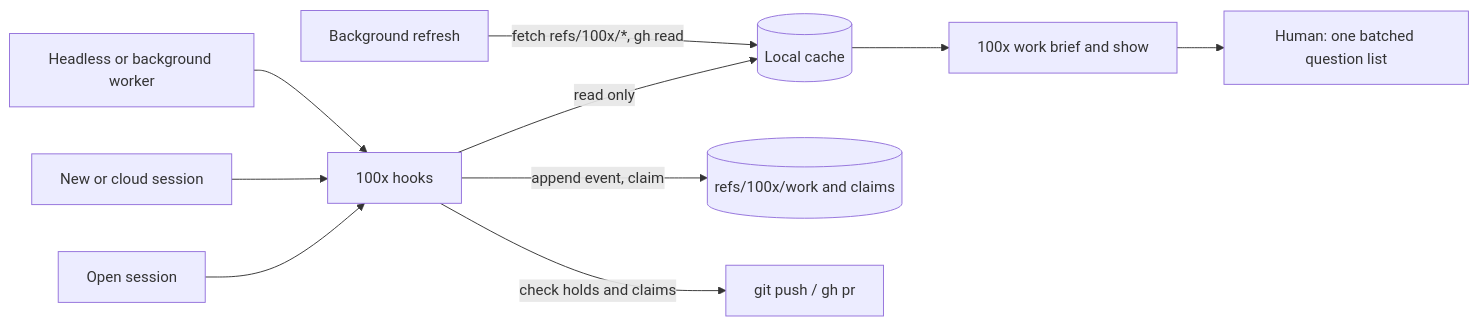
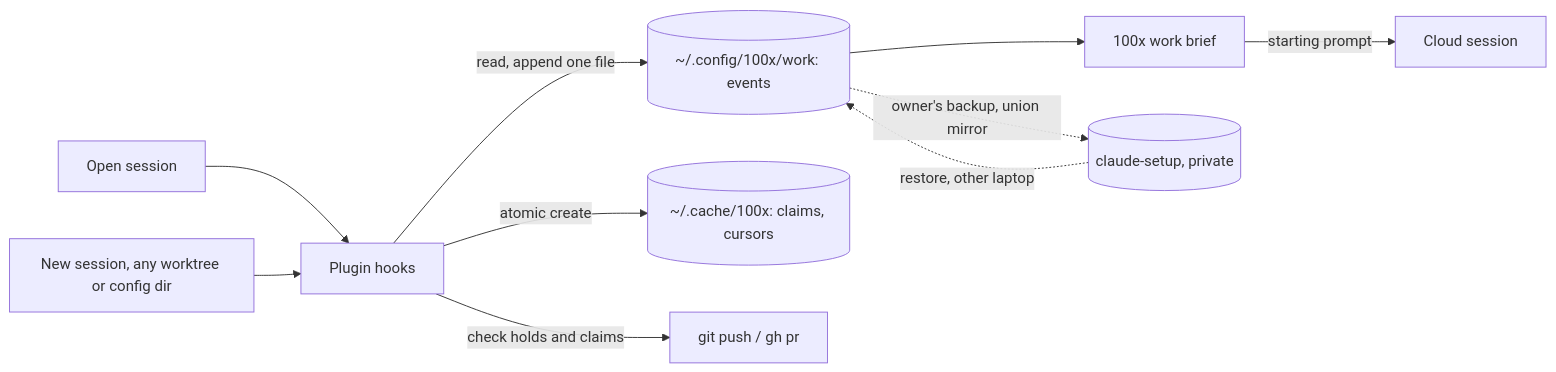
One commit to gauravprwl14/100x-engineer changed the diagram in prds/work-continuity/prd.md. Above: the diagram before and after it, drawn with Mermaid. The commit also changed other lines of this file and 7 other files, not shown here.

First line of the commit message:
docs(work-continuity): private record in ~/.config/100x/work; reject the in-repo ref design

````diff
--- a/prds/work-continuity/prd.md
+++ b/prds/work-continuity/prd.md
@@ -144,13 +145,13 @@
 ```mermaid
 %% level: 1
 flowchart LR
-    S1[Open session] --> H[100x hooks]
-    S2[New or cloud session] --> H
-    S3[Headless or background worker] --> H
-    H -->|read only| C[("Local cache")]
-    F[Background refresh] -->|fetch refs/100x/*, gh read| C
-    H -->|append event, claim| R[("refs/100x/work and claims")]
+    S1[Open session] --> H[Plugin hooks]
+    S2[New session, any worktree or config dir] --> H
+    H -->|read, append one file| W[("~/.config/100x/work: events")]
+    H -->|atomic create| K[("~/.cache/100x: claims, cursors")]
     H -->|check holds and claims| G[git push / gh pr]
-    C --> B[100x work brief and show]
-    B --> U[Human: one batched question list]
+    W --> B[100x work brief]
+    W -.->|owner's backup, union mirror| CS[("claude-setup, private")]
+    CS -.->|restore, other laptop| W
+    B -->|starting prompt| CL[Cloud session]
 ```
````
